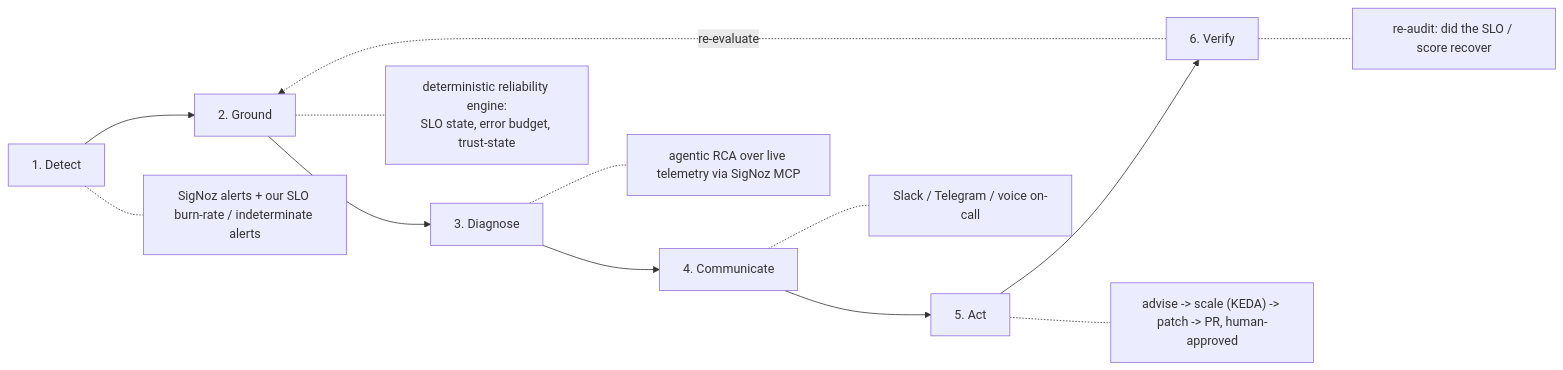
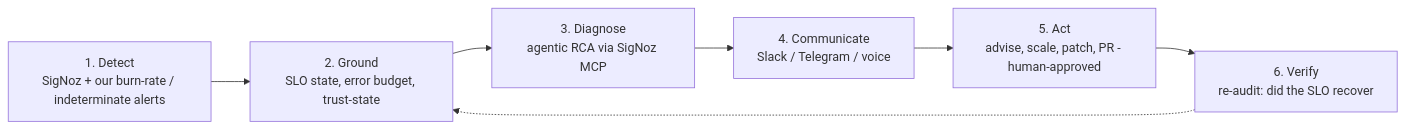
The first of 4 diagrams in hackathon/telemetry-health-auditor-prd.md (SigNoz/signoz), drawn with Mermaid before and after one commit. The commit also changed other lines of this file, not shown here.

First line of the commit message:
fix(prd): make all mermaid diagrams github-render-safe

````diff
--- a/hackathon/telemetry-health-auditor-prd.md
+++ b/hackathon/telemetry-health-auditor-prd.md
@@ -71,12 +71,7 @@
 ```mermaid
 flowchart LR
-    D[1. Detect] --> G[2. Ground] --> X[3. Diagnose] --> C[4. Communicate] --> A[5. Act] --> V[6. Verify]
-    V -. re-evaluate .-> G
-
-    D -.- d1["SigNoz alerts + our SLO burn-rate / indeterminate alerts"]
-    G -.- g1["deterministic reliability engine:\nSLO state, error budget, trust-state"]
-    X -.- x1["agentic RCA over live telemetry via SigNoz MCP"]
-    C -.- c1["Slack / Telegram / voice on-call"]
-    A -.- a1["advise -> scale (KEDA) -> patch -> PR, human-approved"]
-    V -.- v1["re-audit: did the SLO / score recover"]
+    D["1. Detect<br/>SigNoz + our burn-rate / indeterminate alerts"] --> G["2. Ground<br/>SLO state, error budget, trust-state"]
+    G --> X["3. Diagnose<br/>agentic RCA via SigNoz MCP"] --> C["4. Communicate<br/>Slack / Telegram / voice"]
+    C --> A["5. Act<br/>advise, scale, patch, PR - human-approved"] --> V["6. Verify<br/>re-audit: did the SLO recover"]
+    V -.-> G
 ```
````
